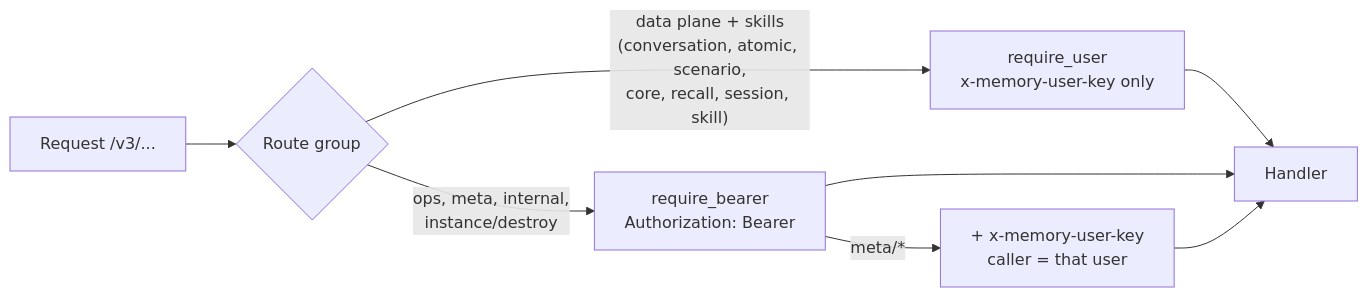
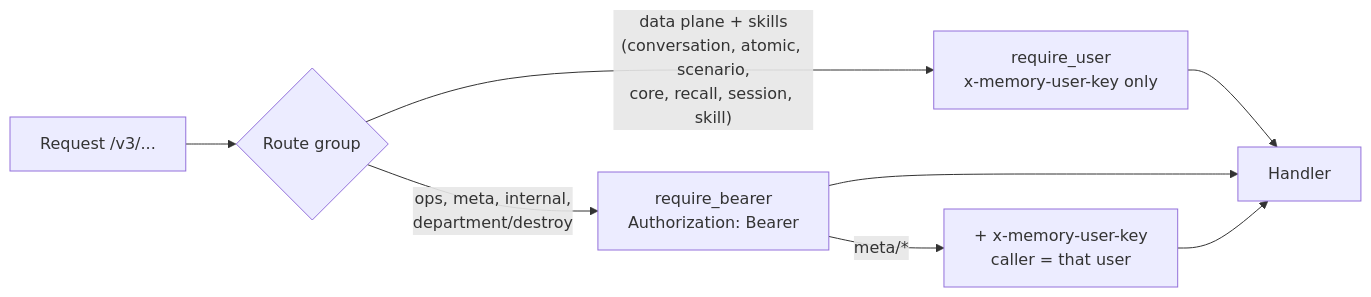
The fourth of 12 diagrams in docs/ARCHITECTURE.md (blackhorseya/AgentMemory), drawn with Mermaid before and after one commit. The commit also changed other lines of this file and 124 other files, not shown here.

First line of the commit message:
refactor: rename instance to department, with versioned storage migrations (#32)

````diff
--- a/docs/ARCHITECTURE.md
+++ b/docs/ARCHITECTURE.md
@@ -119,10 +119,10 @@
 ```mermaid
 flowchart LR
   R[Request /v3/...] --> Z{Route group}
   Z -- "data plane + skills<br/>(conversation, atomic, scenario,<br/>core, recall, session, skill)" --> U["require_user<br/>x-memory-user-key only"]
-  Z -- "ops, meta, internal,<br/>instance/destroy" --> B["require_bearer<br/>Authorization: Bearer"]
+  Z -- "ops, meta, internal,<br/>department/destroy" --> B["require_bearer<br/>Authorization: Bearer"]
   B -- "meta/*" --> M["+ x-memory-user-key<br/>caller = that user"]
   U --> H[Handler]
   B --> H
   M --> H
 ```
````
